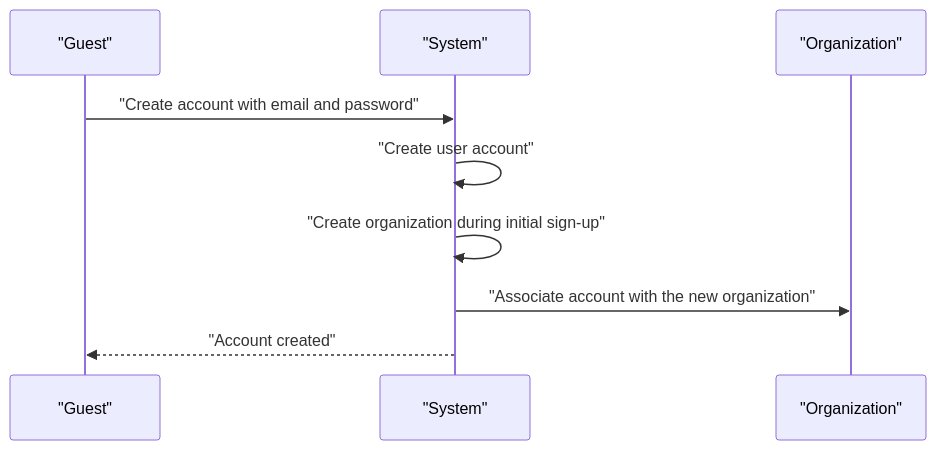
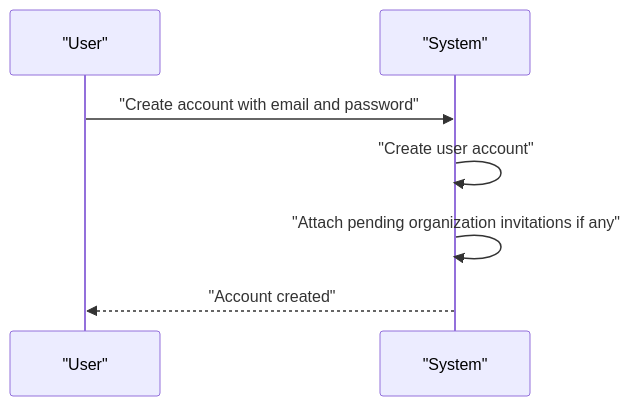
One commit to wrtnlabs/autobe-examples changed the seventh of 9 diagrams in openai/gpt-5.4-mini/erp/docs/analysis/01-actors-and-auth.md. Above: the diagram before and after it, drawn with Mermaid. The commit also changed other lines of this file and 9017 other files, not shown here.

````diff
--- a/openai/gpt-5.4-mini/erp/docs/analysis/01-actors-and-auth.md
+++ b/openai/gpt-5.4-mini/erp/docs/analysis/01-actors-and-auth.md
@@ -234,11 +264,9 @@
 ```mermaid
 sequenceDiagram
-    participant G as "Guest"
+    participant U as "User"
     participant S as "System"
-    participant O as "Organization"
-    G->>S: "Create account with email and password"
+    U->>S: "Create account with email and password"
     S->>S: "Create user account"
-    S->>S: "Create organization during initial sign-up"
-    S->>O: "Associate account with the new organization"
-    S-->>G: "Account created"
+    S->>S: "Attach pending organization invitations if any"
+    S-->>U: "Account created"
 ```
````
